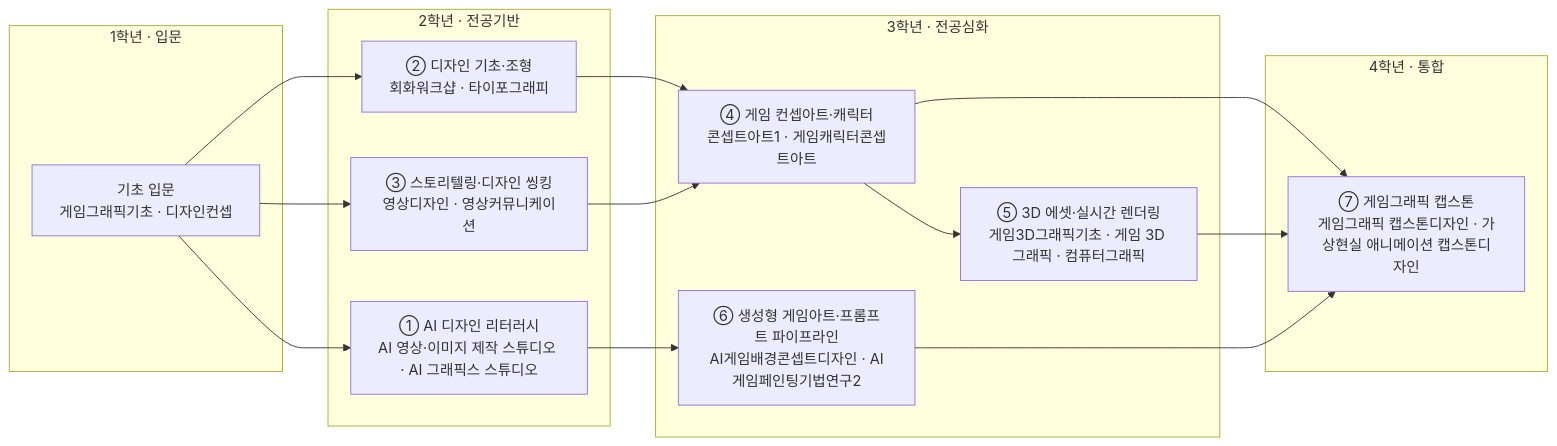
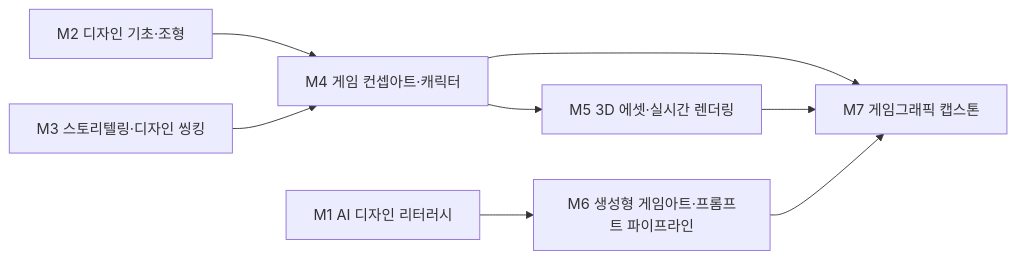
Before and after one commit to parclab-hsu/ai-curriculum-2026: the diagram in docs/design/game-graphic.md, drawn with Mermaid. The commit also changed other lines of this file and 22 other files, not shown here.

````diff
--- a/docs/design/game-graphic.md
+++ b/docs/design/game-graphic.md
@@ -115,29 +129,10 @@
 ```mermaid
 flowchart LR
-  subgraph Y1["1학년 · 입문"]
-    A0["기초 입문<br/>게임그래픽기초 · 디자인컨셉"]
-  end
-  subgraph Y2["2학년 · 전공기반"]
-    M1["① AI 디자인 리터러시<br/>AI 영상·이미지 제작 스튜디오 · AI 그래픽스 스튜디오"]
-    M2["② 디자인 기초·조형<br/>회화워크샵 · 타이포그래피"]
-    M3["③ 스토리텔링·디자인 씽킹<br/>영상디자인 · 영상커뮤니케이션"]
-  end
-  subgraph Y3["3학년 · 전공심화"]
-    M4["④ 게임 컨셉아트·캐릭터<br/>콘셉트아트1 · 게임캐릭터콘셉트아트"]
-    M5["⑤ 3D 에셋·실시간 렌더링<br/>게임3D그래픽기초 · 게임 3D 그래픽 · 컴퓨터그래픽"]
-    M6["⑥ 생성형 게임아트·프롬프트 파이프라인<br/>AI게임배경콘셉트디자인 · AI게임페인팅기법연구2"]
-  end
-  subgraph Y4["4학년 · 통합"]
-    CAP["⑦ 게임그래픽 캡스톤<br/>게임그래픽 캡스톤디자인 · 가상현실 애니메이션 캡스톤디자인"]
-  end
-  A0 --> M1
-  A0 --> M2
-  A0 --> M3
-  M2 --> M4
-  M3 --> M4
-  M1 --> M6
-  M4 --> M5
-  M4 --> CAP
+  M1["M1 AI 디자인 리터러시"] --> M6["M6 생성형 게임아트·프롬프트 파이프라인"]
+  M2["M2 디자인 기초·조형"] --> M4["M4 게임 컨셉아트·캐릭터"]
+  M3["M3 스토리텔링·디자인 씽킹"] --> M4
+  M4 --> M5["M5 3D 에셋·실시간 렌더링"]
+  M4 --> CAP["M7 게임그래픽 캡스톤"]
   M5 --> CAP
   M6 --> CAP
 ```
````
